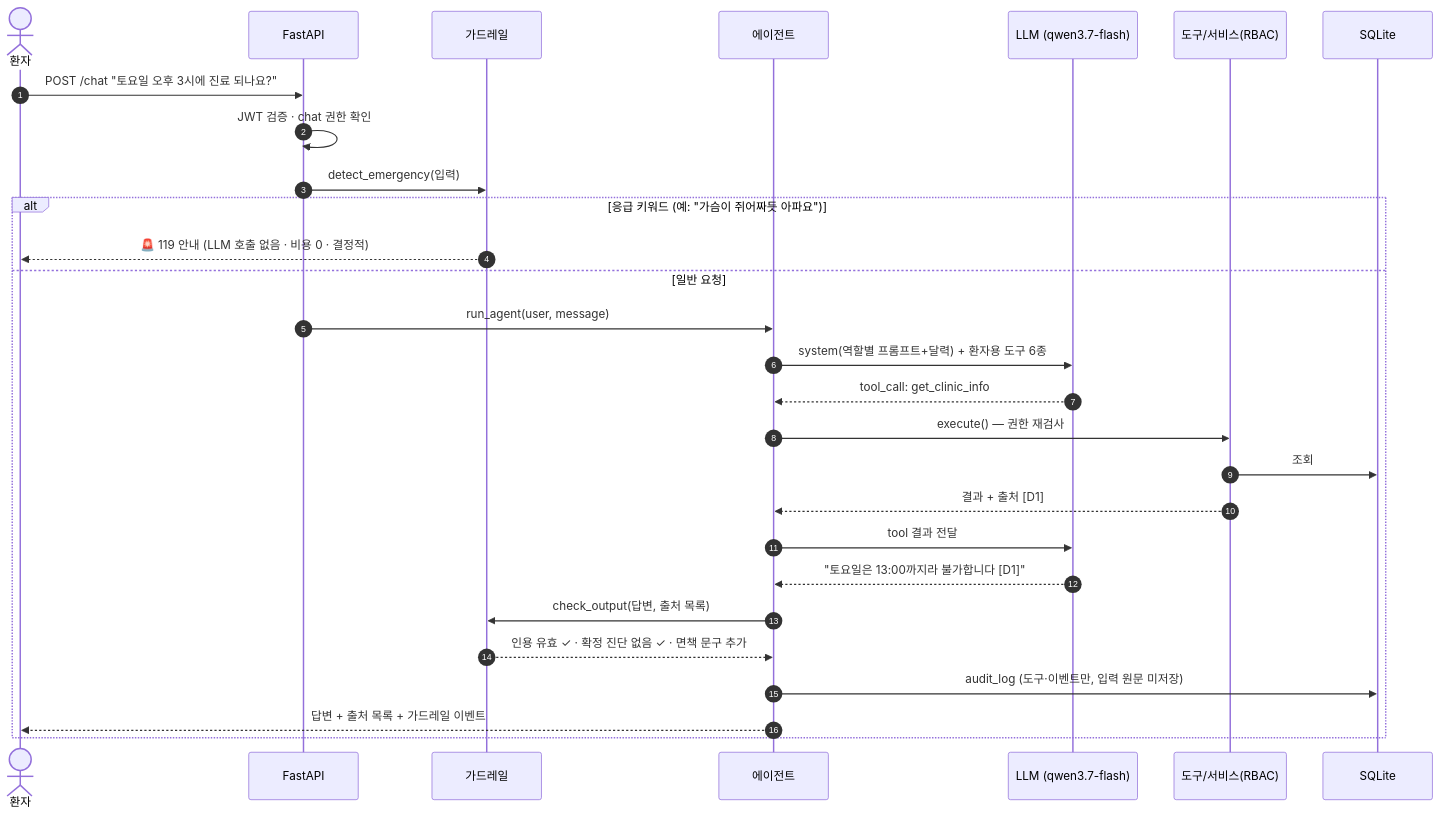
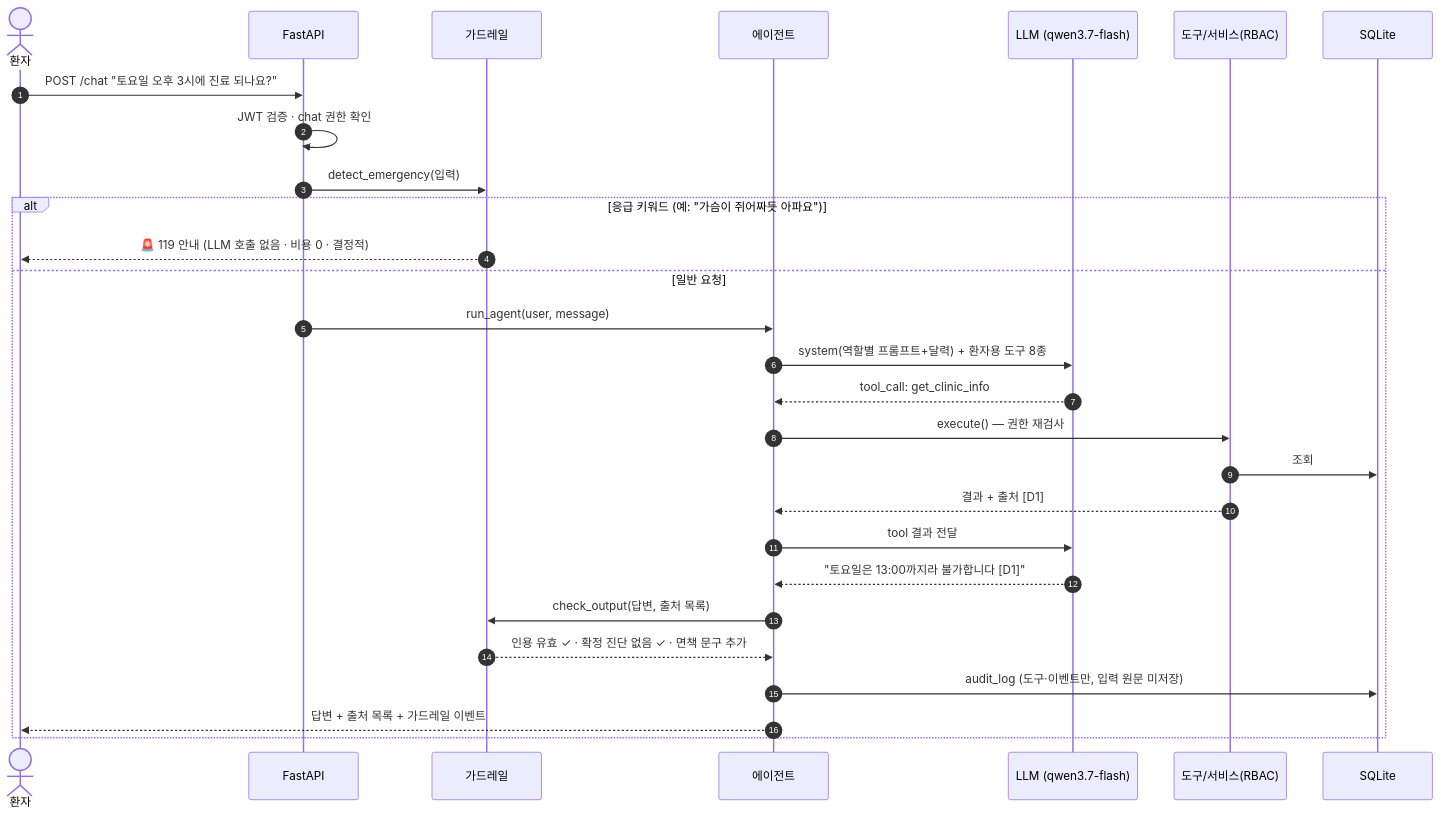
The second of 5 diagrams in README.md (minhahamin/mediRail), drawn with Mermaid before and after one commit. The commit also changed other lines of this file, not shown here.

````diff
--- a/README.md
+++ b/README.md
@@ -113,31 +130,31 @@
 ```mermaid
 sequenceDiagram
     autonumber
     actor P as 환자
     participant API as FastAPI
     participant G as 가드레일
     participant A as 에이전트
     participant L as LLM (qwen3.7-flash)
     participant T as 도구/서비스(RBAC)
     participant DB as SQLite
 
     P->>API: POST /chat "토요일 오후 3시에 진료 되나요?"
     API->>API: JWT 검증 · chat 권한 확인
     API->>G: detect_emergency(입력)
     alt 응급 키워드 (예: "가슴이 쥐어짜듯 아파요")
         G-->>P: 🚨 119 안내 (LLM 호출 없음 · 비용 0 · 결정적)
     else 일반 요청
         API->>A: run_agent(user, message)
-        A->>L: system(역할별 프롬프트+달력) + 환자용 도구 6종
+        A->>L: system(역할별 프롬프트+달력) + 환자용 도구 8종
         L-->>A: tool_call: get_clinic_info
         A->>T: execute() — 권한 재검사
         T->>DB: 조회
         T-->>A: 결과 + 출처 [D1]
         A->>L: tool 결과 전달
         L-->>A: "토요일은 13:00까지라 불가합니다 [D1]"
         A->>G: check_output(답변, 출처 목록)
         G-->>A: 인용 유효 ✓ · 확정 진단 없음 ✓ · 면책 문구 추가
         A->>DB: audit_log (도구·이벤트만, 입력 원문 미저장)
         A-->>P: 답변 + 출처 목록 + 가드레일 이벤트
     end
 ```
````
